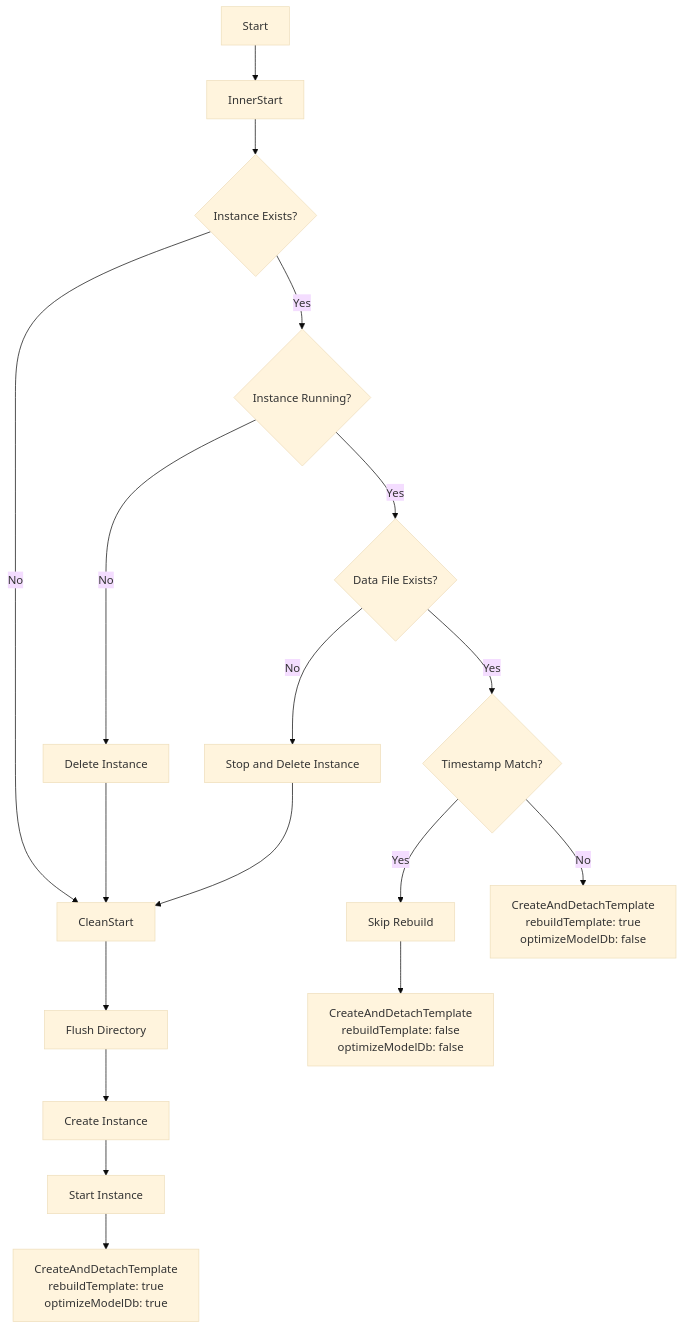
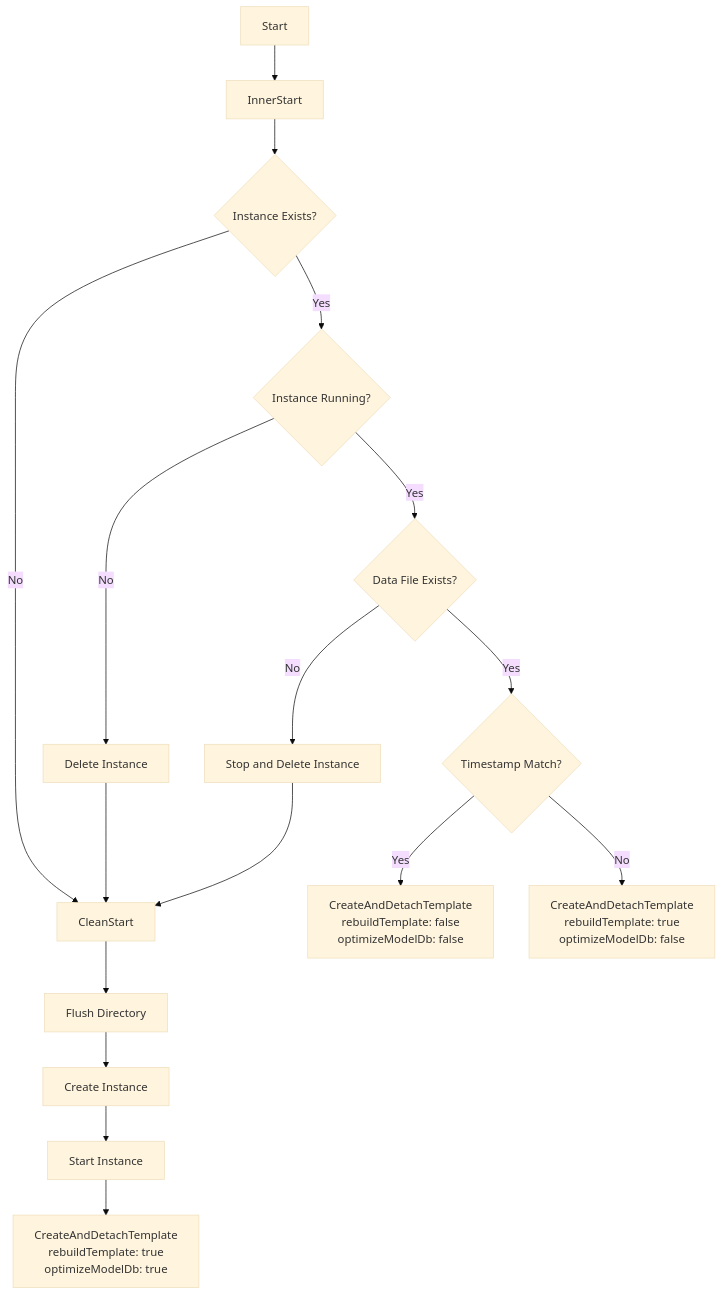
The first of 6 diagrams in docs/mdsource/workflow.md (SimonCropp/LocalDb), drawn with Mermaid (base theme) before and after one commit.

````diff
--- a/docs/mdsource/workflow.md
+++ b/docs/mdsource/workflow.md
@@ -7,28 +7,27 @@
 ```mermaid
 flowchart TD
     start[Start] --> innerStart[InnerStart]
     innerStart --> checkExists{Instance Exists?}
 
     checkExists -->|No| cleanStart[CleanStart]
     checkExists -->|Yes| checkRunning{Instance Running?}
 
     checkRunning -->|No| deleteInstance[Delete Instance]
     deleteInstance --> cleanStart
 
     checkRunning -->|Yes| checkDataFile{Data File Exists?}
 
     checkDataFile -->|No| stopAndDelete[Stop and Delete Instance]
     stopAndDelete --> cleanStart
 
     checkDataFile -->|Yes| checkTimestamp{Timestamp Match?}
 
-    checkTimestamp -->|Yes| skipRebuild[Skip Rebuild]
-    skipRebuild --> createNoRebuild[CreateAndDetachTemplate<br/>rebuildTemplate: false<br/>optimizeModelDb: false]
+    checkTimestamp -->|Yes| createNoRebuild[CreateAndDetachTemplate<br/>rebuildTemplate: false<br/>optimizeModelDb: false]
 
     checkTimestamp -->|No| createRebuild[CreateAndDetachTemplate<br/>rebuildTemplate: true<br/>optimizeModelDb: false]
 
     cleanStart --> flushDir[Flush Directory]
     flushDir --> createInstance[Create Instance]
     createInstance --> startInstance[Start Instance]
     startInstance --> createFull[CreateAndDetachTemplate<br/>rebuildTemplate: true<br/>optimizeModelDb: true]
 ```
````
